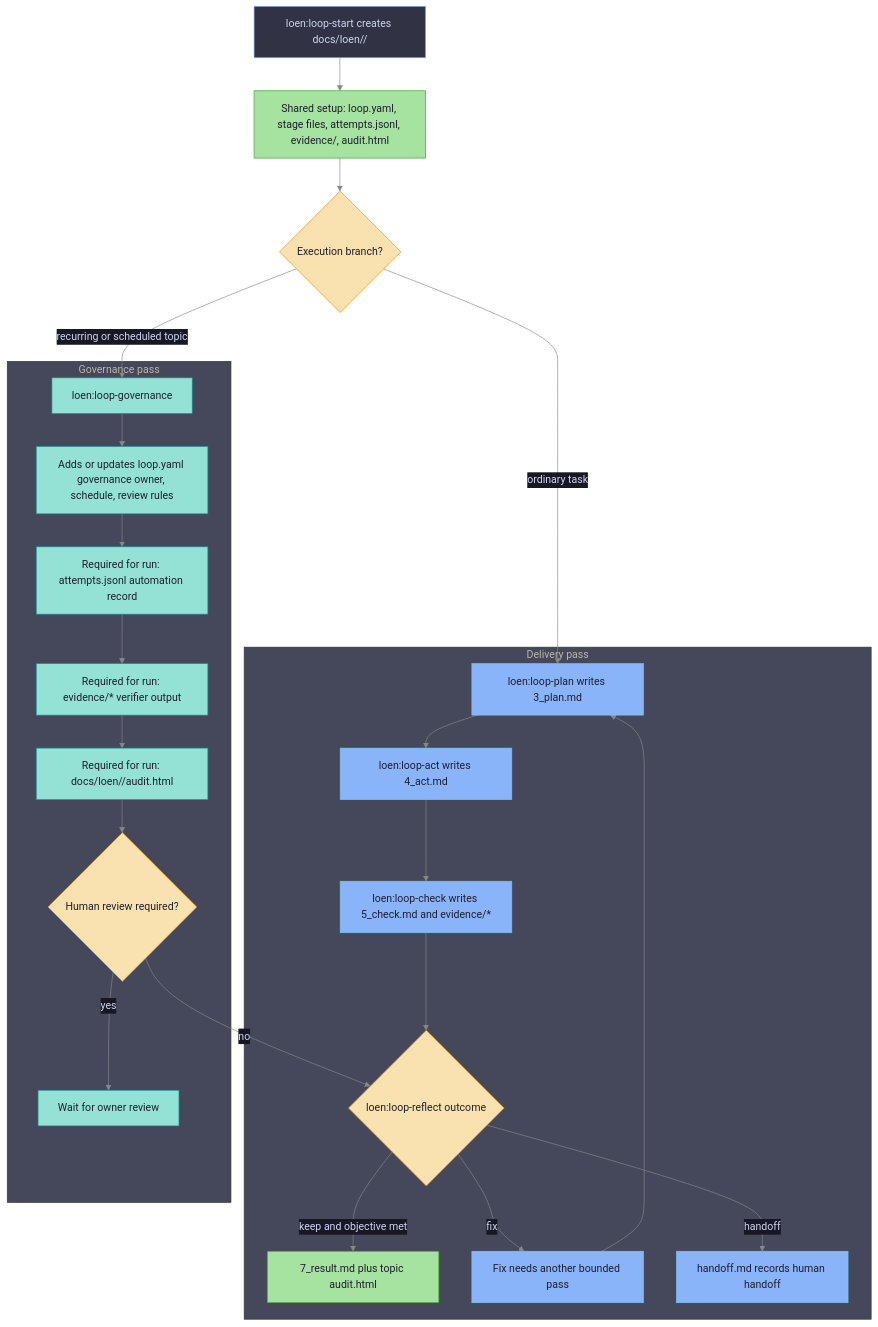
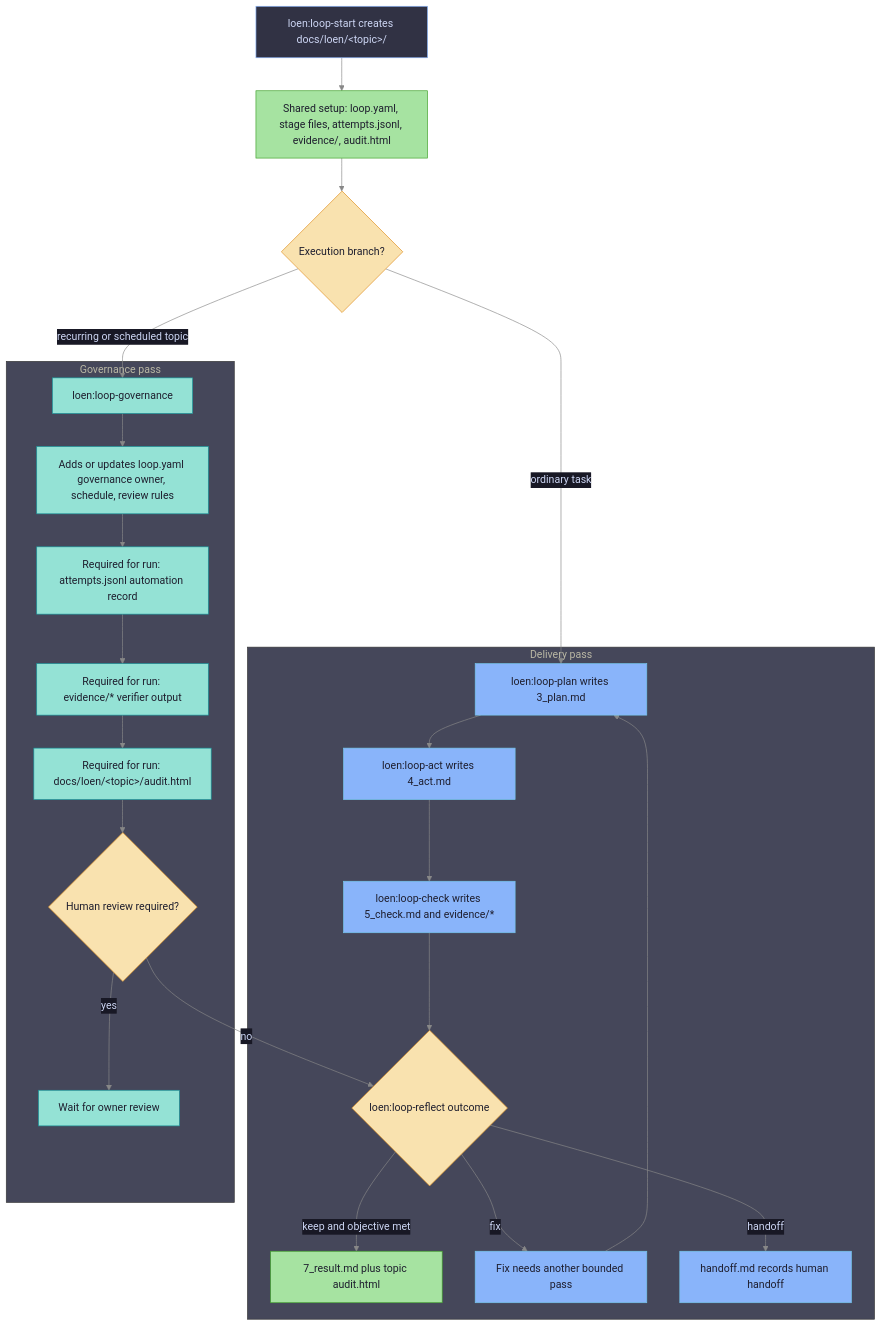
Before and after one commit to ikeniborn/icodex: the second of 2 diagrams in plugins/loen/README.md, drawn with Mermaid. The commit also changed 6 other files, not shown here.

Commit message:
docs(loen): escape topic in mermaid labels

````diff
--- a/plugins/loen/README.md
+++ b/plugins/loen/README.md
@@ -98,53 +98,53 @@
 ```mermaid
 %%{init: {'theme': 'base', 'themeVariables': {'background': '#1e1e2e', 'primaryColor': '#313244', 'primaryTextColor': '#cdd6f4', 'primaryBorderColor': '#89b4fa', 'lineColor': '#888888', 'secondaryColor': '#181825', 'tertiaryColor': '#45475a'}}}%%
 flowchart TD
-    StartTopic["loen:loop-start creates docs/loen/<topic>/"] --> SharedArtifacts["Shared setup: loop.yaml, stage files, attempts.jsonl, evidence/, audit.html"]
+    StartTopic["loen:loop-start creates docs/loen/&lt;topic&gt;/"] --> SharedArtifacts["Shared setup: loop.yaml, stage files, attempts.jsonl, evidence/, audit.html"]
     SharedArtifacts --> Branch{"Execution branch?"}
 
     subgraph delivery["Delivery pass"]
         PlanStep["loen:loop-plan writes 3_plan.md"]
         ActStep["loen:loop-act writes 4_act.md"]
         CheckStep["loen:loop-check writes 5_check.md and evidence/*"]
         ReflectStep{"loen:loop-reflect outcome"}
         ResultStep["7_result.md plus topic audit.html"]
         FixStep["Fix needs another bounded pass"]
         HandoffStep["handoff.md records human handoff"]
     end
 
     subgraph governance["Governance pass"]
         GovStep["loen:loop-governance"]
         GovPolicy["Adds or updates loop.yaml governance owner, schedule, review rules"]
         GovAttempt["Required for run: attempts.jsonl automation record"]
         GovEvidence["Required for run: evidence/* verifier output"]
-        GovAudit["Required for run: docs/loen/<topic>/audit.html"]
+        GovAudit["Required for run: docs/loen/&lt;topic&gt;/audit.html"]
         GovReview{"Human review required?"}
         GovWait["Wait for owner review"]
     end
 
     Branch -- "ordinary task" --> PlanStep
     PlanStep --> ActStep
     ActStep --> CheckStep
     CheckStep --> ReflectStep
     ReflectStep -- "keep and objective met" --> ResultStep
     ReflectStep -- "fix" --> FixStep
     FixStep --> PlanStep
     ReflectStep -- "handoff" --> HandoffStep
 
     Branch -- "recurring or scheduled topic" --> GovStep
     GovStep --> GovPolicy
     GovPolicy --> GovAttempt
     GovAttempt --> GovEvidence
     GovEvidence --> GovAudit
     GovAudit --> GovReview
     GovReview -- "yes" --> GovWait
     GovReview -- "no" --> ReflectStep
 
     classDef decision fill:#f9e2af,color:#1e1e2e,stroke:#df8e1d
     classDef deliveryClass fill:#89b4fa,color:#1e1e2e,stroke:#74c7ec
     classDef governanceClass fill:#94e2d5,color:#1e1e2e,stroke:#179299
     classDef artifactClass fill:#a6e3a1,color:#1e1e2e,stroke:#40a02b
     class Branch,ReflectStep,GovReview decision
     class PlanStep,ActStep,CheckStep,FixStep,HandoffStep deliveryClass
     class GovStep,GovPolicy,GovAttempt,GovEvidence,GovAudit,GovWait governanceClass
     class SharedArtifacts,ResultStep artifactClass
 ```
````
